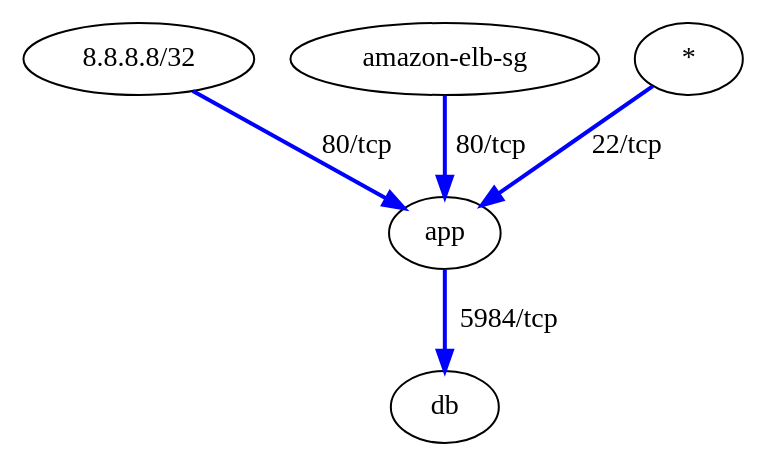
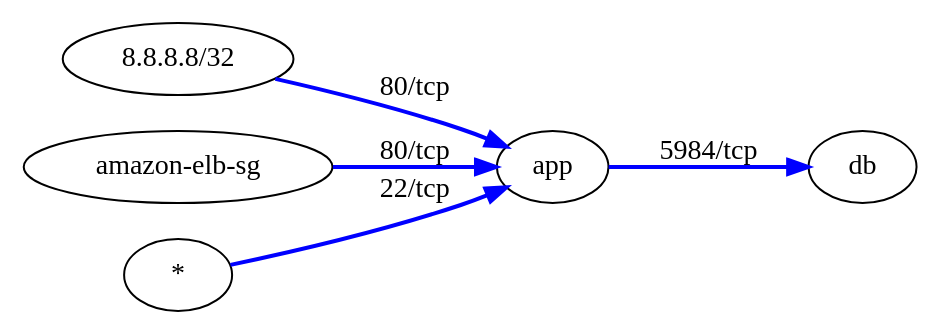
Before and after one commit to anaynayak/aws-security-viz: the diagram in spec/integration/dummy.dot, drawn with Graphviz. The commit also changed 1 other file, not shown here.

Commit message:
Fixed test for rankdir

```diff
--- a/spec/integration/dummy.dot
+++ b/spec/integration/dummy.dot
@@ -1,49 +1,50 @@
 strict digraph G {
-	graph [bb="0,0,305.73,208",
+	graph [bb="0,0,388.31,144",
 		concentrate=true,
 		overlap=false,
+		rankdir=LR,
 		sep=1,
 		splines=true
 	];
 	node [label="\N"];
 	app	 [height=0.5,
 		label=app,
-		pos="171.73,104",
+		pos="222.32,72",
 		width=0.75];
 	db	 [height=0.5,
 		label=db,
-		pos="171.73,18",
+		pos="361.31,72",
 		width=0.75];
 	app -> db	 [color=blue,
 		label="5984/tcp",
-		lp="196.22,61",
-		pos="e,171.73,36.095 171.73,85.595 171.73,74.257 171.73,59.227 171.73,46.315",
+		lp="291.81,79",
+		pos="e,334.25,72 249.45,72 270.68,72 300.46,72 323.95,72",
 		style=bold];
 	"8.8.8.8/32"	 [height=0.5,
 		label="8.8.8.8/32",
-		pos="45.727,190",
+		pos="62.161,126",
 		width=1.2702];
 	"8.8.8.8/32" -> app	 [color=blue,
 		label="80/tcp",
-		lp="134.22,147",
-		pos="e,153.39,117.22 67.963,174.18 89.418,159.87 121.93,138.2 144.83,122.93",
+		lp="159.82,108",
+		pos="e,199.09,81.689 98.964,115.29 121.69,108.48 151.36,99.231 177.32,90 181.33,88.572 185.52,87.006 189.65,85.41",
 		style=bold];
 	"amazon-elb-sg"	 [height=0.5,
 		label="amazon-elb-sg",
-		pos="171.73,190",
+		pos="62.161,72",
 		width=1.7267];
 	"amazon-elb-sg" -> app	 [color=blue,
 		label="80/tcp",
-		lp="189.22,147",
-		pos="e,171.73,122.1 171.73,171.6 171.73,160.26 171.73,145.23 171.73,132.32",
+		lp="159.82,79",
+		pos="e,195.01,72 124.54,72 144.95,72 166.98,72 184.95,72",
 		style=bold];
 	"*"	 [height=0.5,
 		label="*",
-		pos="278.73,190",
+		pos="62.161,18",
 		width=0.75];
 	"*" -> app	 [color=blue,
 		label="22/tcp",
-		lp="249.22,147",
-		pos="e,188.52,118.19 261.54,175.5 243.96,161.71 216.49,140.14 196.55,124.49",
+		lp="159.82,61",
+		pos="e,199.09,62.311 87.055,25.175 110.5,32.076 146.53,43.049 177.32,54 181.33,55.428 185.52,56.994 189.65,58.59",
 		style=bold];
 }
```
